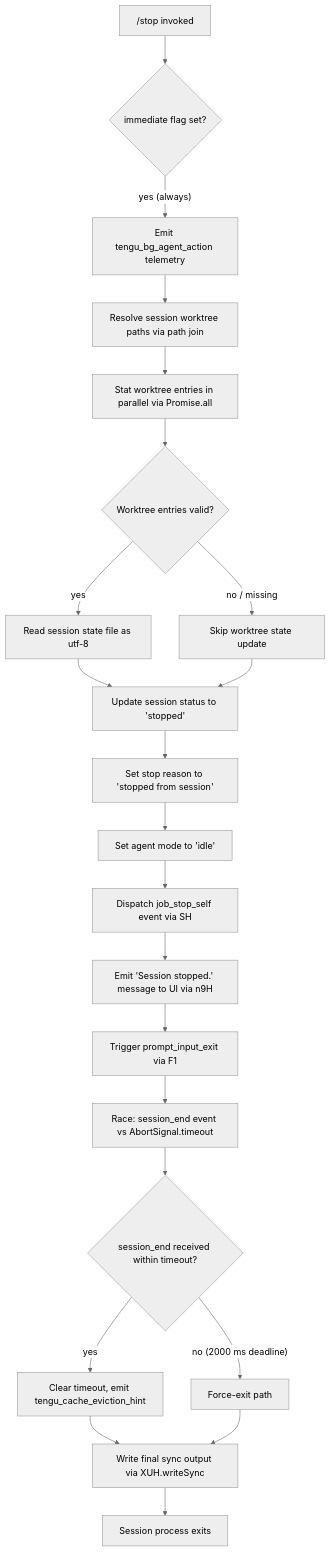
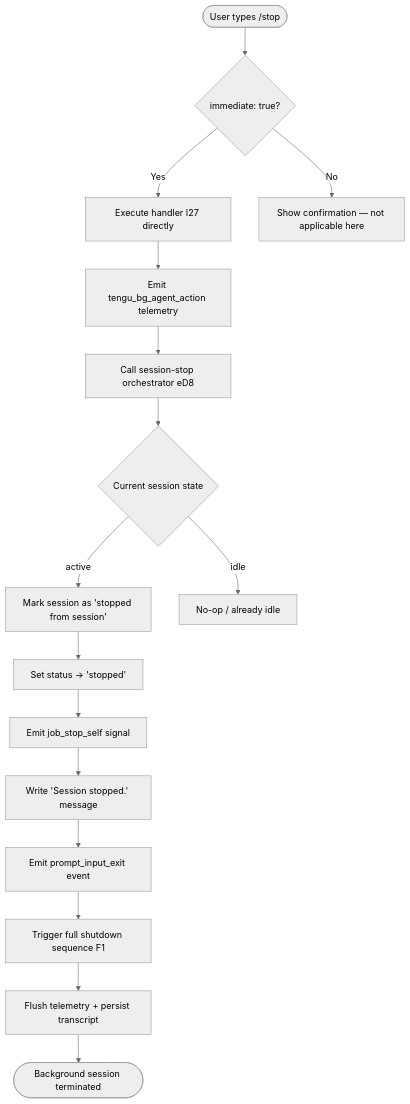
The diagram in versions/v2.1.132/stop.md (MyLittleLuckyDog/cc-gnothi), drawn with Mermaid (neutral theme) before and after one commit. The commit also changed other lines of this file and 96 other files, not shown here.

````diff
--- a/versions/v2.1.132/stop.md
+++ b/versions/v2.1.132/stop.md
@@ -46,24 +54,18 @@
 ```mermaid
 flowchart TD
-    A["/stop invoked"] --> B{immediate flag set?}
-    B -- "yes (always)" --> C[Emit tengu_bg_agent_action telemetry]
-    C --> D[Resolve session worktree paths via path join]
-    D --> E[Stat worktree entries in parallel via Promise.all]
-    E --> F{Worktree entries valid?}
-    F -- "yes" --> G[Read session state file as utf-8]
-    F -- "no / missing" --> H[Skip worktree state update]
-    G --> I[Update session status to 'stopped']
-    H --> I
-    I --> J[Set stop reason to 'stopped from session']
-    J --> K[Set agent mode to 'idle']
-    K --> L[Dispatch job_stop_self event via SH]
-    L --> M[Emit 'Session stopped.' message to UI via n9H]
-    M --> N[Trigger prompt_input_exit via F1]
-    N --> O[Race: session_end event vs AbortSignal.timeout]
-    O --> P{session_end received within timeout?}
-    P -- "yes" --> Q[Clear timeout, emit tengu_cache_eviction_hint]
-    P -- "no (2000 ms deadline)" --> R[Force-exit path]
-    Q --> S[Write final sync output via XUH.writeSync]
-    R --> S
-    S --> T[Session process exits]
+    A([User types /stop]) --> B{immediate: true?}
+    B -- Yes --> C[Execute handler I27 directly]
+    B -- No --> D[Show confirmation — not applicable here]
+    C --> E[Emit tengu_bg_agent_action telemetry]
+    E --> F[Call session-stop orchestrator eD8]
+    F --> G{Current session state}
+    G -- active --> H[Mark session as 'stopped from session']
+    G -- idle --> I[No-op / already idle]
+    H --> J[Set status → 'stopped']
+    J --> K[Emit job_stop_self signal]
+    K --> L[Write 'Session stopped.' message]
+    L --> M[Emit prompt_input_exit event]
+    M --> N[Trigger full shutdown sequence F1]
+    N --> O[Flush telemetry + persist transcript]
+    O --> P([Background session terminated])
 ```
````
